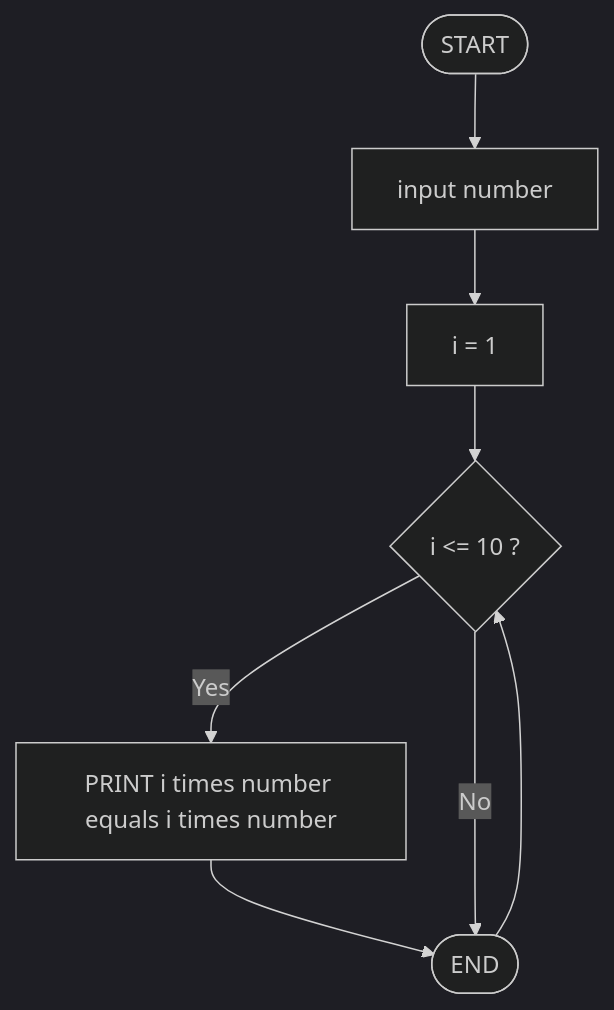
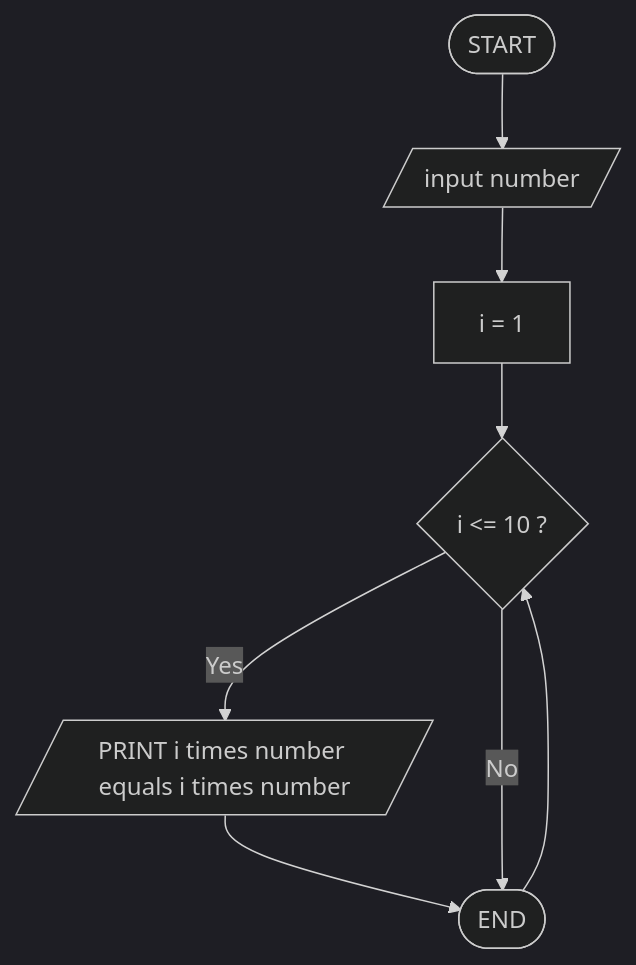
Before and after one commit to SangeethaNachimuthu/pseudocode-flowchart-workshop: the diagram in Exercise 3/MultiplicationTable.md, drawn with Mermaid (dark theme). The commit also changed 10 other files, not shown here.

````diff
--- a/Exercise 3/MultiplicationTable.md
+++ b/Exercise 3/MultiplicationTable.md
@@ -1,10 +1,10 @@
 ```mermaid
 flowchart TD
-    A([START]) --> B[input number]
+    A([START]) --> B[/input number/]
     B --> C[i = 1]
     C --> D{i <= 10 ?}
-    D --> |Yes| E[PRINT i times number equals i times number]
+    D --> |Yes| E[/PRINT i times number equals i times number/]
     E --> F[i = i+1]
     F --> D
     D --> |No| F([END])
 ```
````
